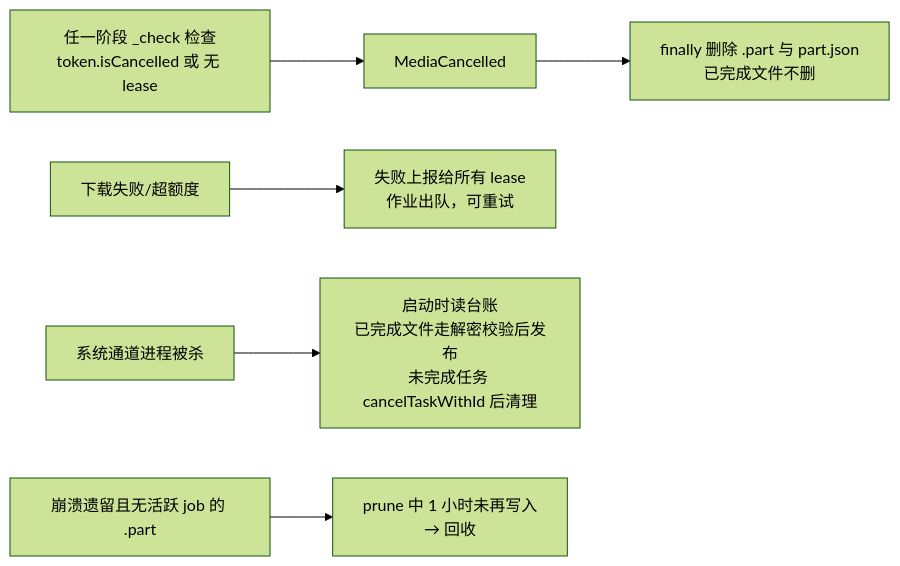
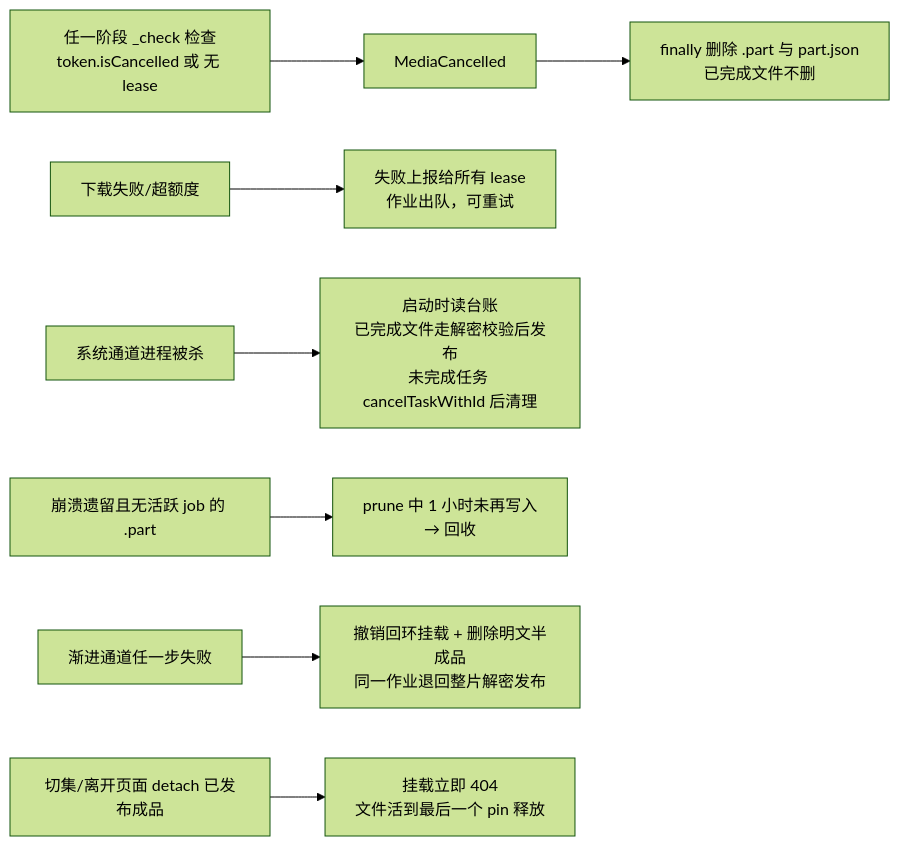
One commit to skeyboy/flutter_hongguo changed the second of 2 diagrams in docs/native-playback-pipeline.md. Above: the diagram before and after it, drawn with Mermaid (forest theme). The commit also changed other lines of this file and 22 other files, not shown here.

````diff
--- a/docs/native-playback-pipeline.md
+++ b/docs/native-playback-pipeline.md
@@ -48,8 +57,10 @@
 ```mermaid
 flowchart LR
   A[任一阶段 _check 检查<br/>token.isCancelled 或 无 lease] --> B[MediaCancelled]
   B --> C[finally 删除 .part 与 part.json<br/>已完成文件不删]
   D[下载失败/超额度] --> E[失败上报给所有 lease<br/>作业出队，可重试]
   Sys[系统通道进程被杀] --> F[启动时读台账<br/>已完成文件走解密校验后发布<br/>未完成任务 cancelTaskWithId 后清理]
   G[崩溃遗留且无活跃 job 的 .part] --> H[prune 中 1 小时未再写入<br/>→ 回收]
+  P[渐进通道任一步失败] --> Q[撤销回环挂载 + 删除明文半成品<br/>同一作业退回整片解密发布]
+  R[切集/离开页面 detach 已发布成品] --> S[挂载立即 404<br/>文件活到最后一个 pin 释放]
 ```
````
